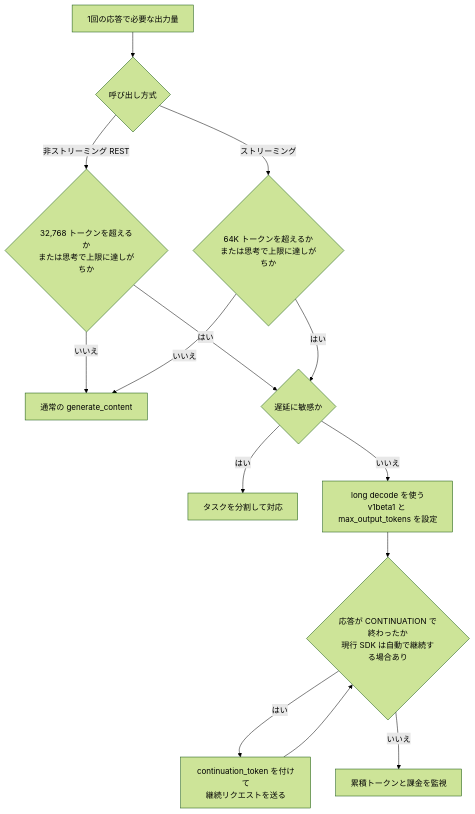
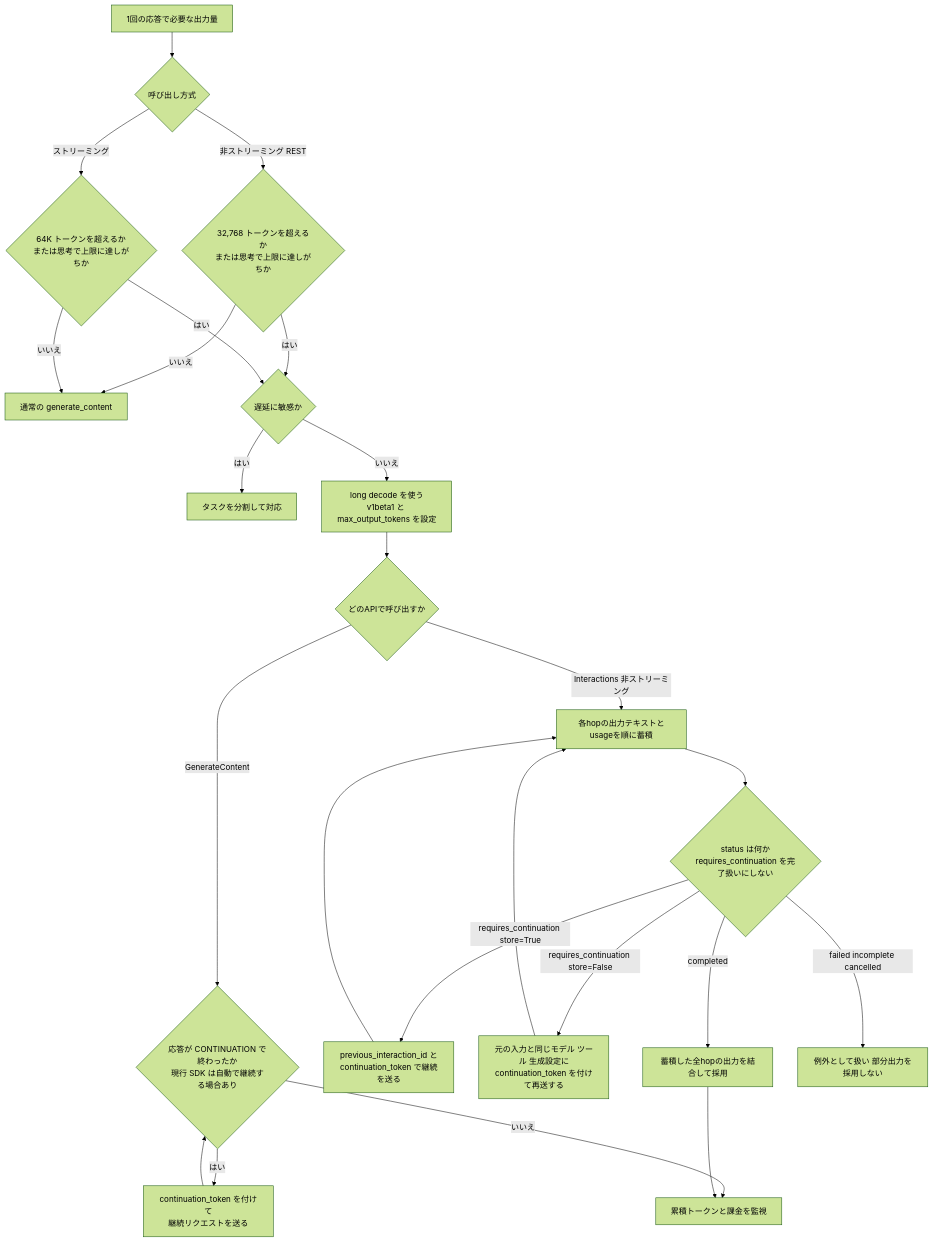
Before and after one commit to myoshi2891/Comparison-of-LLMs: the fifth of 9 diagrams in Gemini-4-carbon-guide.md, drawn with Mermaid (forest theme). The commit also changed 3 other files, not shown here.

Commit message:
docs(google): refine long decode flows, consensus checks, and response parts in Gemini guides

````diff
--- a/Gemini-4-carbon-guide.md
+++ b/Gemini-4-carbon-guide.md
@@ -339,16 +339,26 @@
 ```mermaid
 flowchart TD
     A["1回の応答で必要な出力量"] --> M{"呼び出し方式"}
     M -- "ストリーミング" --> B{"64K トークンを超えるか<br/>または思考で上限に達しがちか"}
     M -- "非ストリーミング REST" --> NB{"32,768 トークンを超えるか<br/>または思考で上限に達しがちか"}
     NB -- "いいえ" --> C
     NB -- "はい" --> D
     B -- "いいえ" --> C["通常の generate_content"]
     B -- "はい" --> D{"遅延に敏感か"}
     D -- "はい" --> E["タスクを分割して対応"]
     D -- "いいえ" --> F["long decode を使う<br/>v1beta1 と max_output_tokens を設定"]
-    F --> CONT{"応答が CONTINUATION で終わったか<br/>現行 SDK は自動で継続する場合あり"}
+    F --> API{"どのAPIで呼び出すか"}
+    API -- "GenerateContent" --> CONT{"応答が CONTINUATION で終わったか<br/>現行 SDK は自動で継続する場合あり"}
     CONT -- "はい" --> NEXT["continuation_token を付けて<br/>継続リクエストを送る"]
     NEXT --> CONT
     CONT -- "いいえ" --> G["累積トークンと課金を監視"]
+    API -- "Interactions 非ストリーミング" --> ACC["各hopの出力テキストとusageを順に蓄積"]
+    ACC --> IST{"status は何か<br/>requires_continuation を完了扱いにしない"}
+    IST -- "requires_continuation store=True" --> ISS["previous_interaction_id と<br/>continuation_token で継続を送る"]
+    IST -- "requires_continuation store=False" --> ISL["元の入力と同じモデル ツール 生成設定に<br/>continuation_token を付けて再送する"]
+    ISS --> ACC
+    ISL --> ACC
+    IST -- "completed" --> JOIN["蓄積した全hopの出力を結合して採用"]
+    JOIN --> G
+    IST -- "failed incomplete cancelled" --> ERR["例外として扱い 部分出力を採用しない"]
 ```
````
